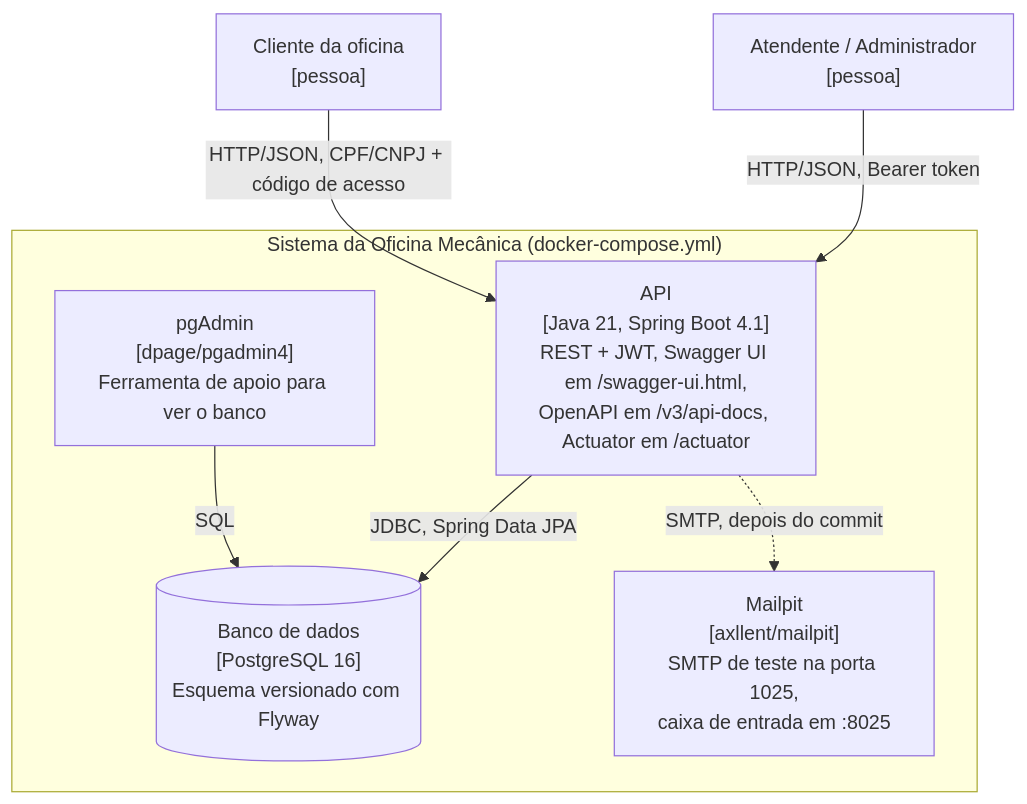
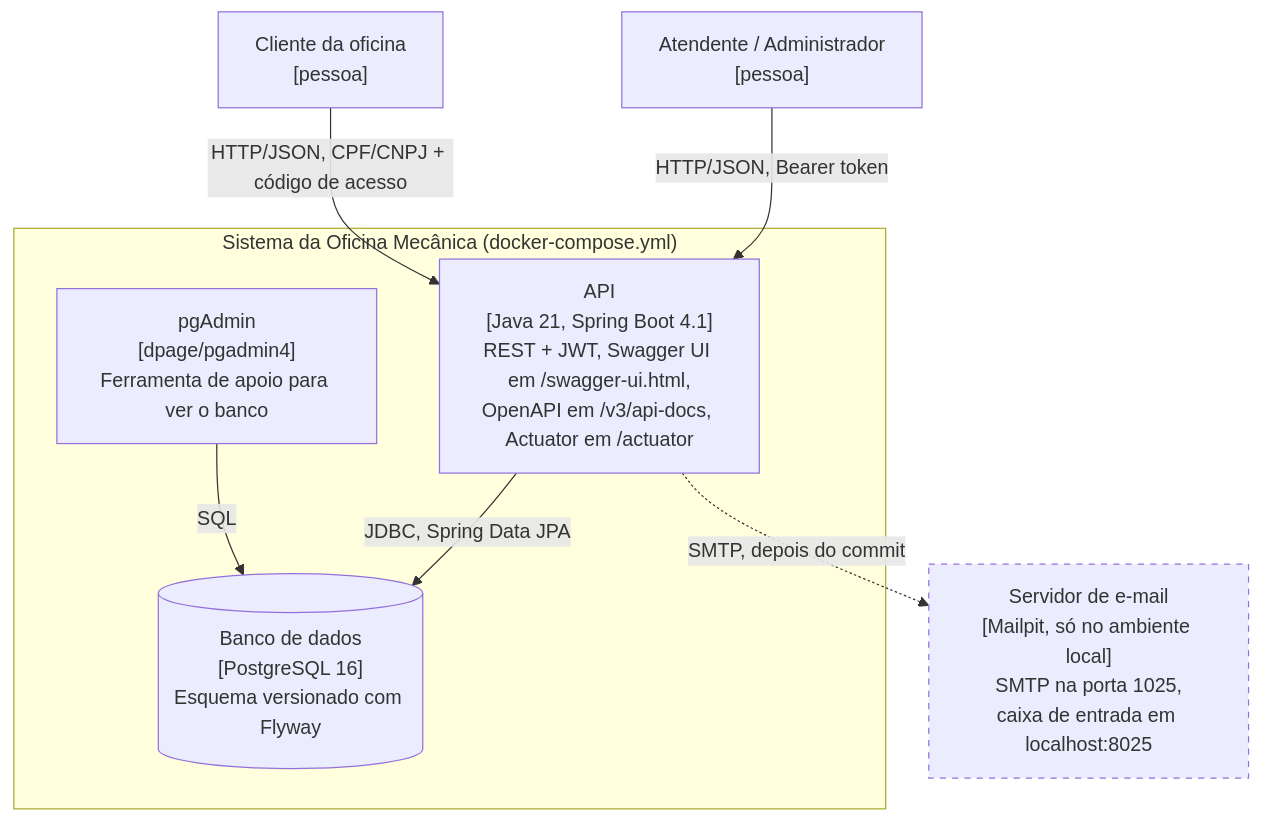
One commit to FIAP-18SOAT-Grupo31/oficina-mecanica changed the second of 3 diagrams in docs/arquitetura/c4.md. Above: the diagram before and after it, drawn with Mermaid. The commit also changed other lines of this file and 7 other files, not shown here.

````diff
--- a/docs/arquitetura/c4.md
+++ b/docs/arquitetura/c4.md
@@ -36,18 +36,20 @@
 ```mermaid
 flowchart TB
     atendente["Atendente / Administrador<br/>[pessoa]"]
     cliente["Cliente da oficina<br/>[pessoa]"]
 
     subgraph oficina["Sistema da Oficina Mecânica (docker-compose.yml)"]
         api["API<br/>[Java 21, Spring Boot 4.1]<br/>REST + JWT, Swagger UI em /swagger-ui.html,<br/>OpenAPI em /v3/api-docs, Actuator em /actuator"]
         db[("Banco de dados<br/>[PostgreSQL 16]<br/>Esquema versionado com Flyway")]
         pgadmin["pgAdmin<br/>[dpage/pgadmin4]<br/>Ferramenta de apoio para ver o banco"]
-        mailpit["Mailpit<br/>[axllent/mailpit]<br/>SMTP de teste na porta 1025,<br/>caixa de entrada em :8025"]
     end
+
+    mailpit["Servidor de e-mail<br/>[Mailpit, só no ambiente local]<br/>SMTP na porta 1025,<br/>caixa de entrada em localhost:8025"]
+    style mailpit stroke-dasharray: 5 5
 
     atendente -- "HTTP/JSON, Bearer token" --> api
     cliente -- "HTTP/JSON, CPF/CNPJ + código de acesso" --> api
     api -- "JDBC, Spring Data JPA" --> db
     pgadmin -- "SQL" --> db
     api -. "SMTP, depois do commit" .-> mailpit
 ```
````
